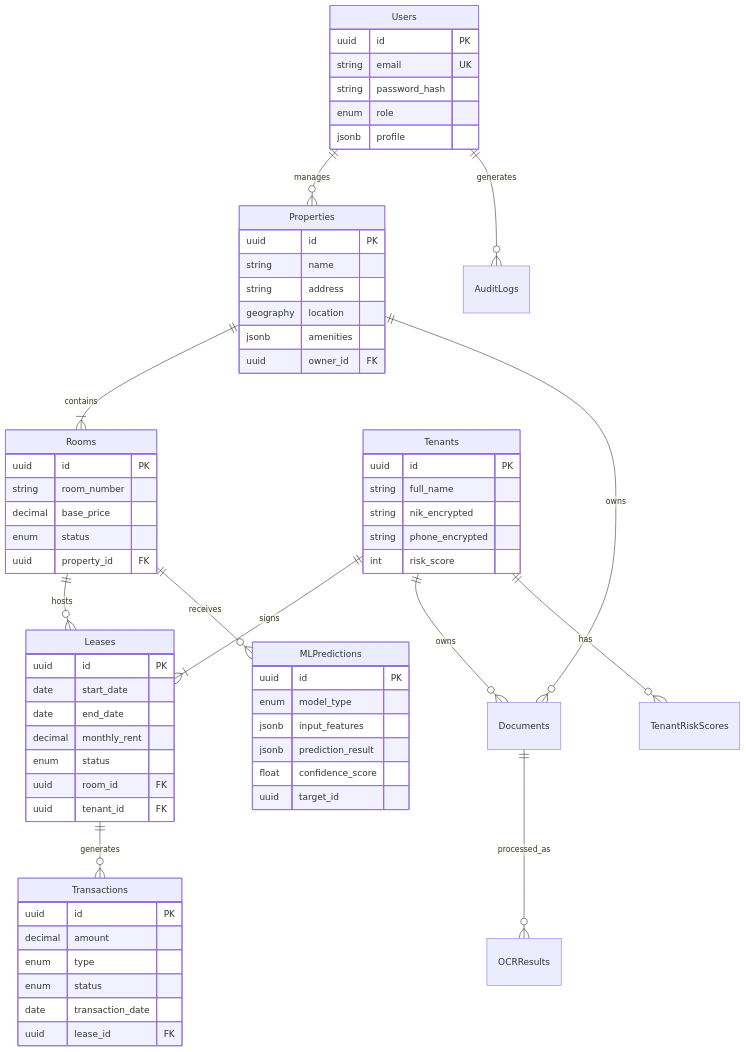
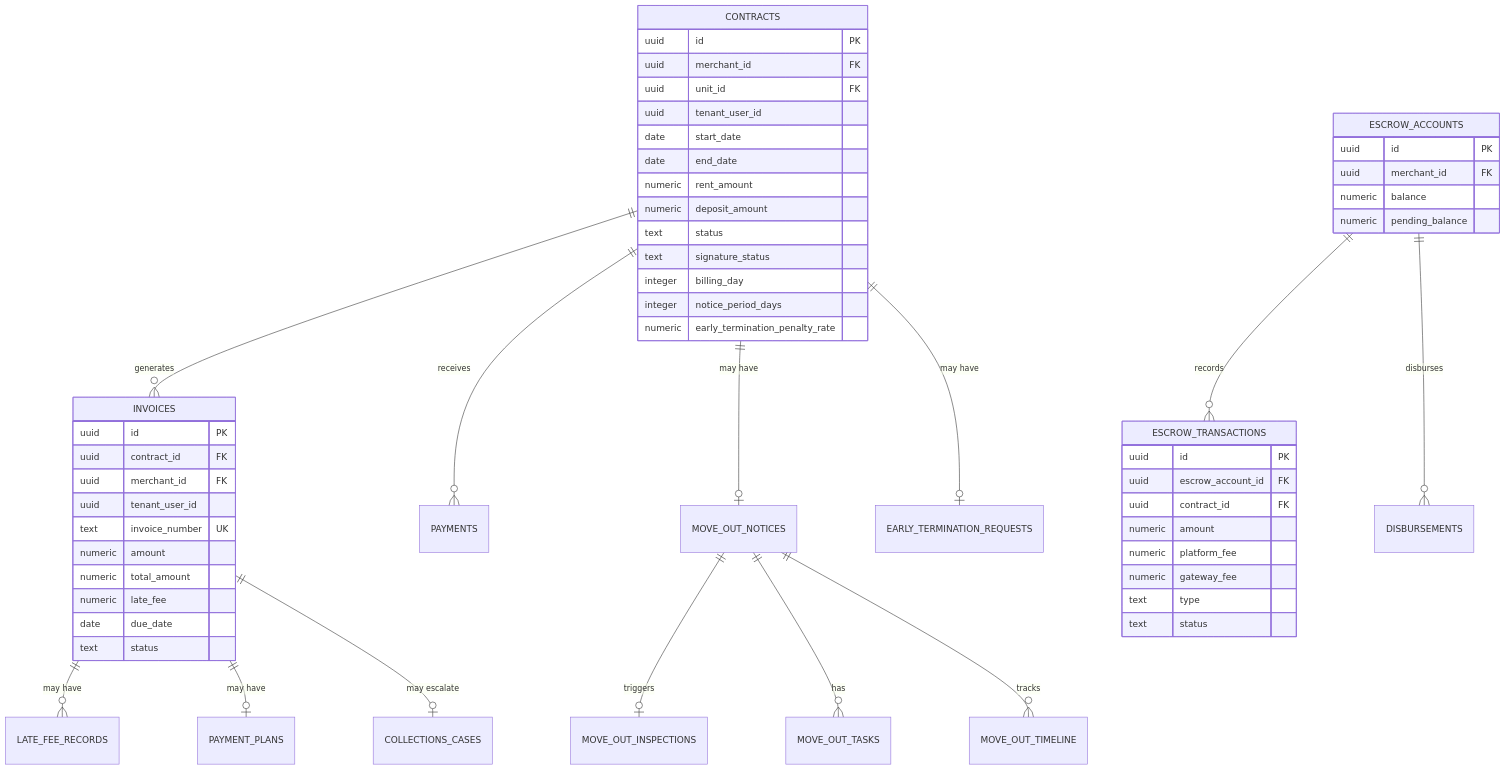
Before and after one commit to itsramaa/Sistem-Hunian: the second of 3 diagrams in docs/database-schema.md, drawn with Mermaid. The commit also changed other lines of this file, not shown here.

````diff
--- a/docs/database-schema.md
+++ b/docs/database-schema.md
@@ -29,75 +140,63 @@
 ```mermaid
 erDiagram
-    Users ||--o{ Properties : manages
-    Users ||--o{ AuditLogs : generates
-    Properties ||--|{ Rooms : contains
-    Properties ||--o{ Documents : owns
-    Rooms ||--o{ Leases : hosts
-    Tenants ||--|{ Leases : signs
-    Tenants ||--o{ Documents : owns
-    Tenants ||--o{ TenantRiskScores : has
-    Leases ||--o{ Transactions : generates
-    Documents ||--o{ OCRResults : processed_as
-    Rooms ||--o{ MLPredictions : receives
+    CONTRACTS ||--o{ INVOICES : "generates"
+    CONTRACTS ||--o{ PAYMENTS : "receives"
+    CONTRACTS ||--o| MOVE_OUT_NOTICES : "may have"
+    CONTRACTS ||--o| EARLY_TERMINATION_REQUESTS : "may have"
+    INVOICES ||--o{ LATE_FEE_RECORDS : "may have"
+    INVOICES ||--o| PAYMENT_PLANS : "may have"
+    INVOICES ||--o| COLLECTIONS_CASES : "may escalate"
+    MOVE_OUT_NOTICES ||--o| MOVE_OUT_INSPECTIONS : "triggers"
+    MOVE_OUT_NOTICES ||--o{ MOVE_OUT_TASKS : "has"
+    MOVE_OUT_NOTICES ||--o{ MOVE_OUT_TIMELINE : "tracks"
 
-    Users {
+    CONTRACTS {
         uuid id PK
-        string email UK
-        string password_hash
-        enum role
-        jsonb profile
+        uuid merchant_id FK
+        uuid unit_id FK
+        uuid tenant_user_id
+        date start_date
+        date end_date
+        numeric rent_amount
+        numeric deposit_amount
+        text status
+        text signature_status
+        integer billing_day
+        integer notice_period_days
+        numeric early_termination_penalty_rate
     }
 
-    Properties {
+    INVOICES {
         uuid id PK
-        string name
-        string address
-        geography location
-        jsonb amenities
-        uuid owner_id FK
+        uuid contract_id FK
+        uuid merchant_id FK
+        uuid tenant_user_id
+        text invoice_number UK
+        numeric amount
+        numeric total_amount
+        numeric late_fee
+        date due_date
+        text status
     }
 
-    Rooms {
+    ESCROW_ACCOUNTS ||--o{ ESCROW_TRANSACTIONS : "records"
+    ESCROW_ACCOUNTS ||--o{ DISBURSEMENTS : "disburses"
+
+    ESCROW_ACCOUNTS {
         uuid id PK
-        string room_number
-        decimal base_price
-        enum status
-        uuid property_id FK
+        uuid merchant_id FK
+        numeric balance
+        numeric pending_balance
     }
 
-    Tenants {
+    ESCROW_TRANSACTIONS {
         uuid id PK
-        string full_name
-        string nik_encrypted
-        string phone_encrypted
-        int risk_score
-    }
-
-    Leases {
-        uuid id PK
-        date start_date
-        date end_date
-        decimal monthly_rent
-        enum status
-        uuid room_id FK
-        uuid tenant_id FK
-    }
-
-    Transactions {
-        uuid id PK
-        decimal amount
-        enum type
-        enum status
-        date transaction_date
-        uuid lease_id FK
-    }
-
-    MLPredictions {
-        uuid id PK
-        enum model_type
-        jsonb input_features
-        jsonb prediction_result
-        float confidence_score
-        uuid target_id
+        uuid escrow_account_id FK
+        uuid contract_id FK
+        numeric amount
+        numeric platform_fee
+        numeric gateway_fee
+        text type
+        text status
     }
 ```
````
